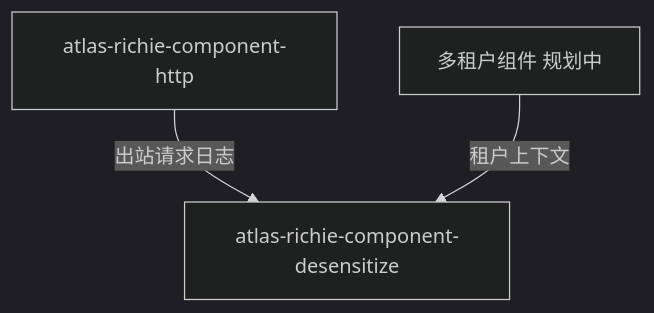
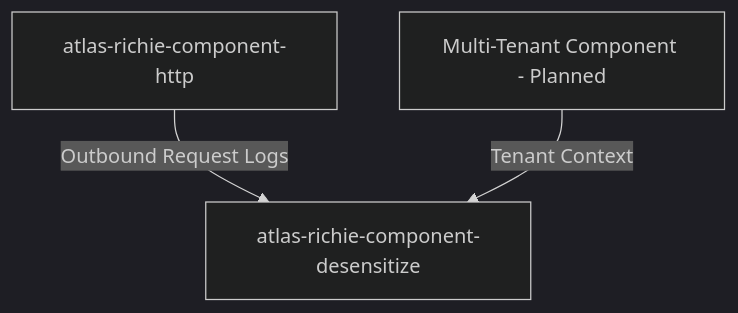
Before and after one commit to richie696/atlas-richie-platform: the ninth of 9 diagrams in atlas-richie-component/atlas-richie-component-desensitize/README.md, drawn with Mermaid (dark theme). The commit also changed other lines of this file and 69 other files, not shown here.

````diff
--- a/atlas-richie-component/atlas-richie-component-desensitize/README.md
+++ b/atlas-richie-component/atlas-richie-component-desensitize/README.md
@@ -701,9 +758,9 @@
 ```mermaid
 flowchart TB
     HTTP[atlas-richie-component-http]
     DES[atlas-richie-component-desensitize]
-    TENANT[多租户组件 规划中]
+    TENANT[Multi-Tenant Component - Planned]
 
-    HTTP -->|出站请求日志| DES
-    TENANT -->|租户上下文| DES
+    HTTP -->|Outbound Request Logs| DES
+    TENANT -->|Tenant Context| DES
 ```
````
